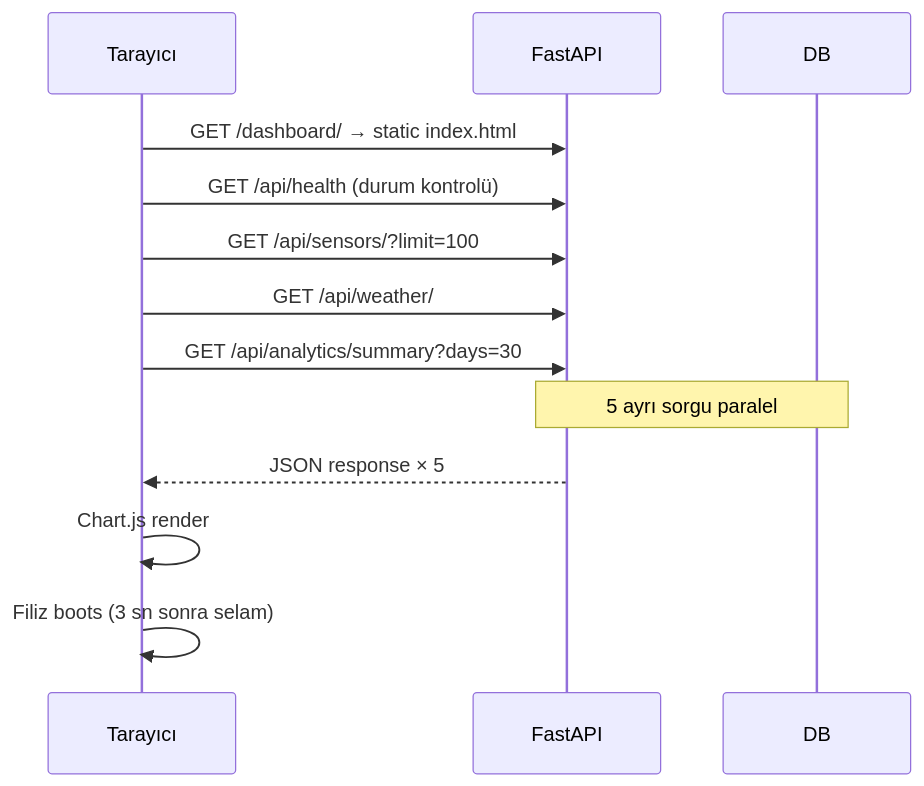
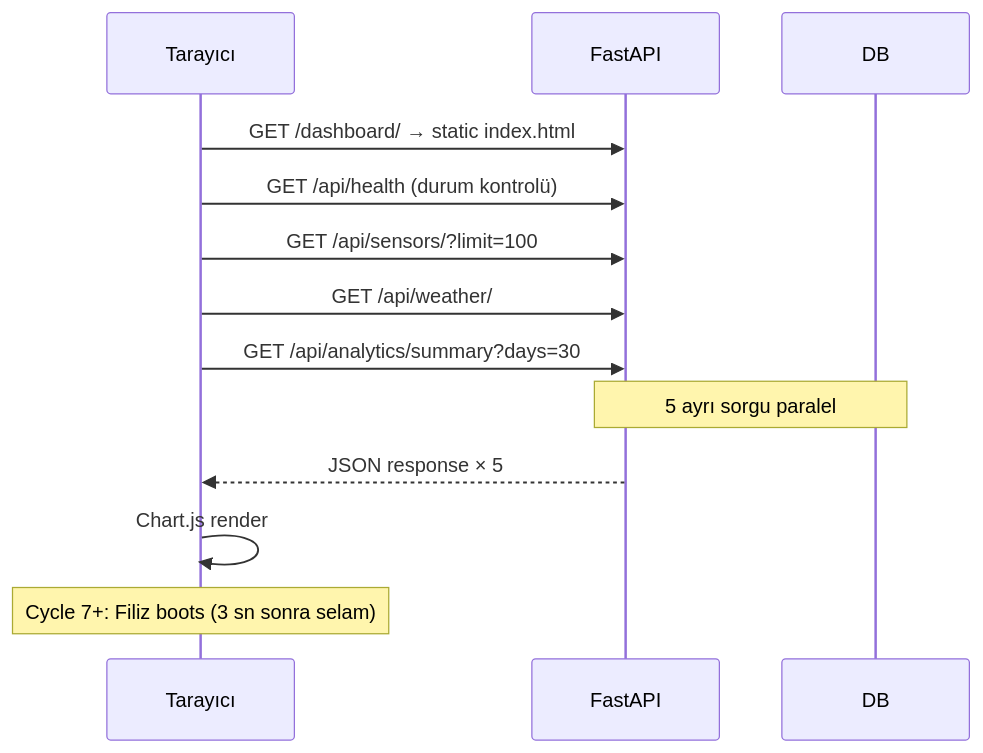
The third of 6 diagrams in docs/architecture.md (Ohualtex/Smart_Farming_Data_Analysis_Platform), drawn with Mermaid before and after one commit. The commit also changed other lines of this file and 9 other files, not shown here.

````diff
--- a/docs/architecture.md
+++ b/docs/architecture.md
@@ -147,16 +147,16 @@
 ```mermaid
 sequenceDiagram
     participant U as Tarayıcı
     participant API as FastAPI
     participant DB as DB
 
     U->>API: GET /dashboard/ → static index.html
     U->>API: GET /api/health (durum kontrolü)
     U->>API: GET /api/sensors/?limit=100
     U->>API: GET /api/weather/
     U->>API: GET /api/analytics/summary?days=30
     Note over API,DB: 5 ayrı sorgu paralel
     API-->>U: JSON response × 5
     U->>U: Chart.js render
-    U->>U: Filiz boots (3 sn sonra selam)
+    Note over U: Cycle 7+: Filiz boots (3 sn sonra selam)
 ```
````
